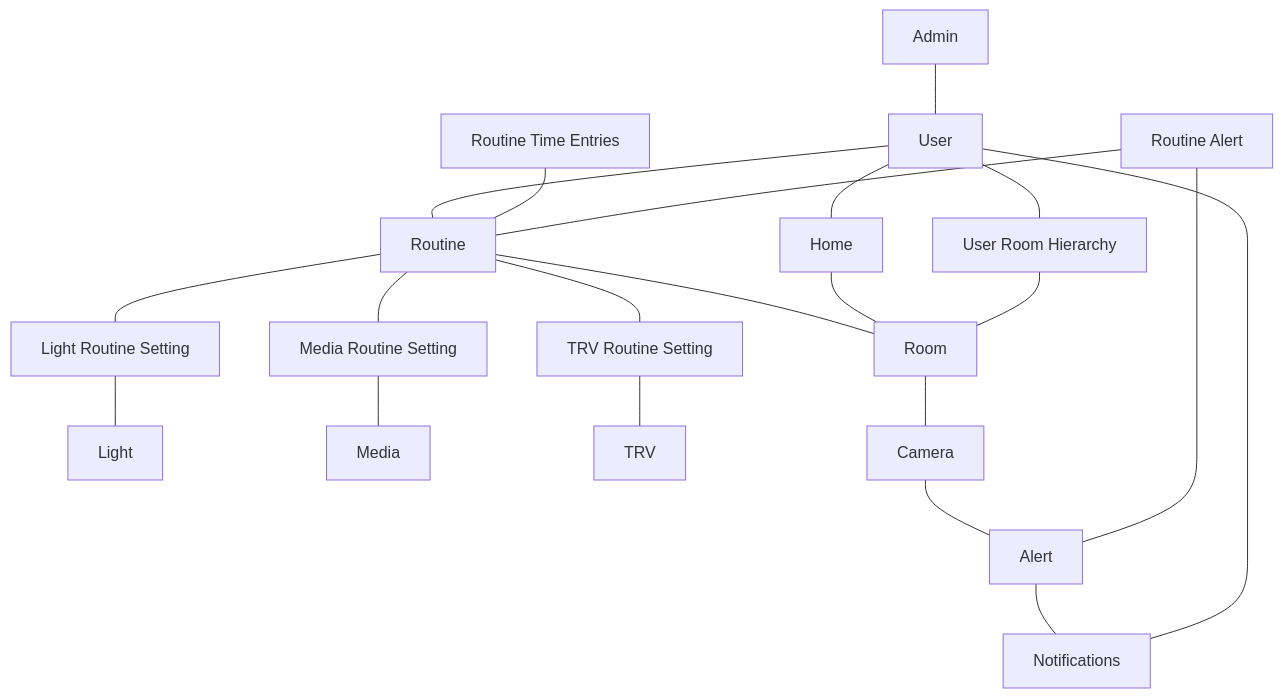
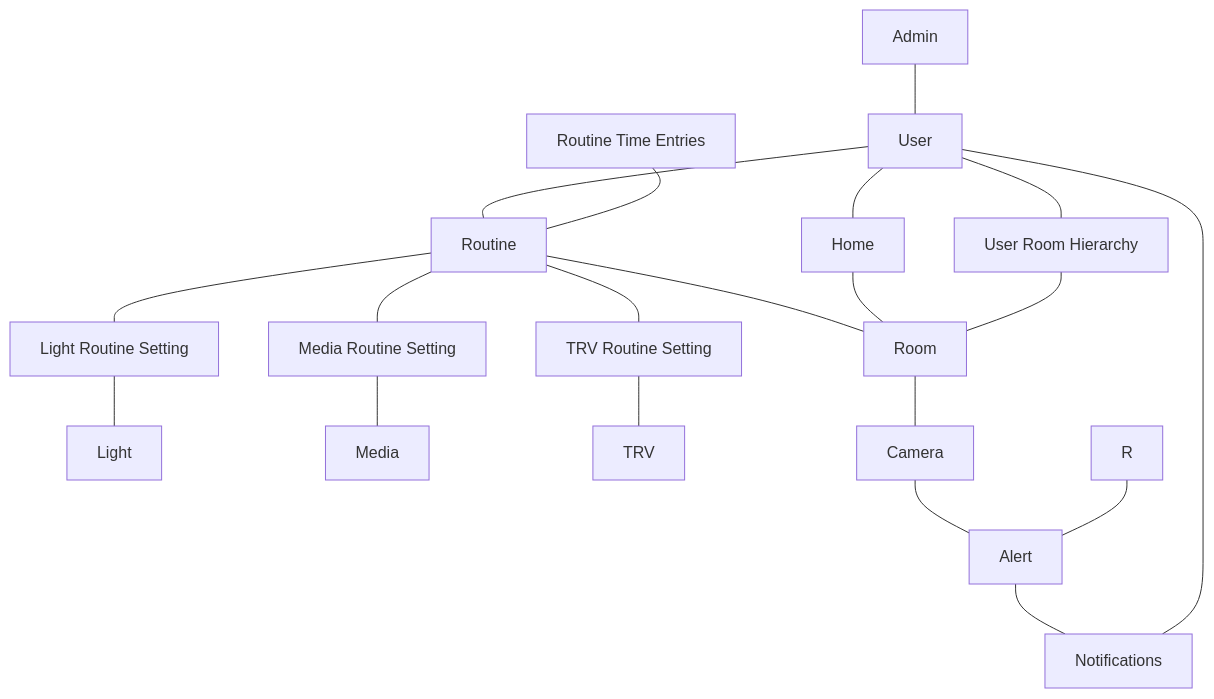
Before and after one commit to cmurphy88/jarvis: the first of 2 diagrams in README.md, drawn with Mermaid.

````diff
--- a/README.md
+++ b/README.md
@@ -4,23 +4,22 @@
 ```mermaid
 graph TD
     A[Admin] --- B[User]
     B --- D[Routine]
     B --- P
     D --- E[Room]
     D --- F[Light Routine Setting]
     D --- G[Media Routine Setting]
     D --- H[TRV Routine Setting]
     F --- I[Light]
     G --- J[Media]
     H --- K[TRV]
     E --- L[Camera]
     M[Home] --- E
     L --- N[Alert]
     N --- O[Notifications]
     O --- B
     B --- M
     P[User Room Hierarchy] --- E
     Q[Routine Time Entries] --- D
-    R[Routine Alert] --- D
     R --- N
 ```
````
